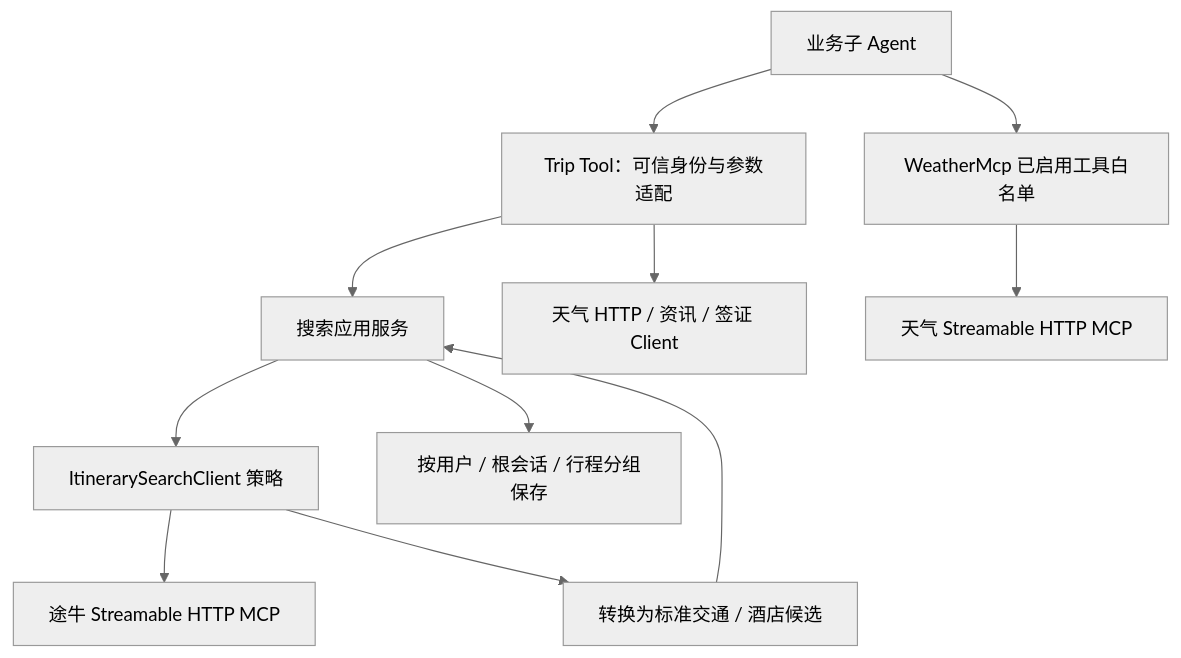
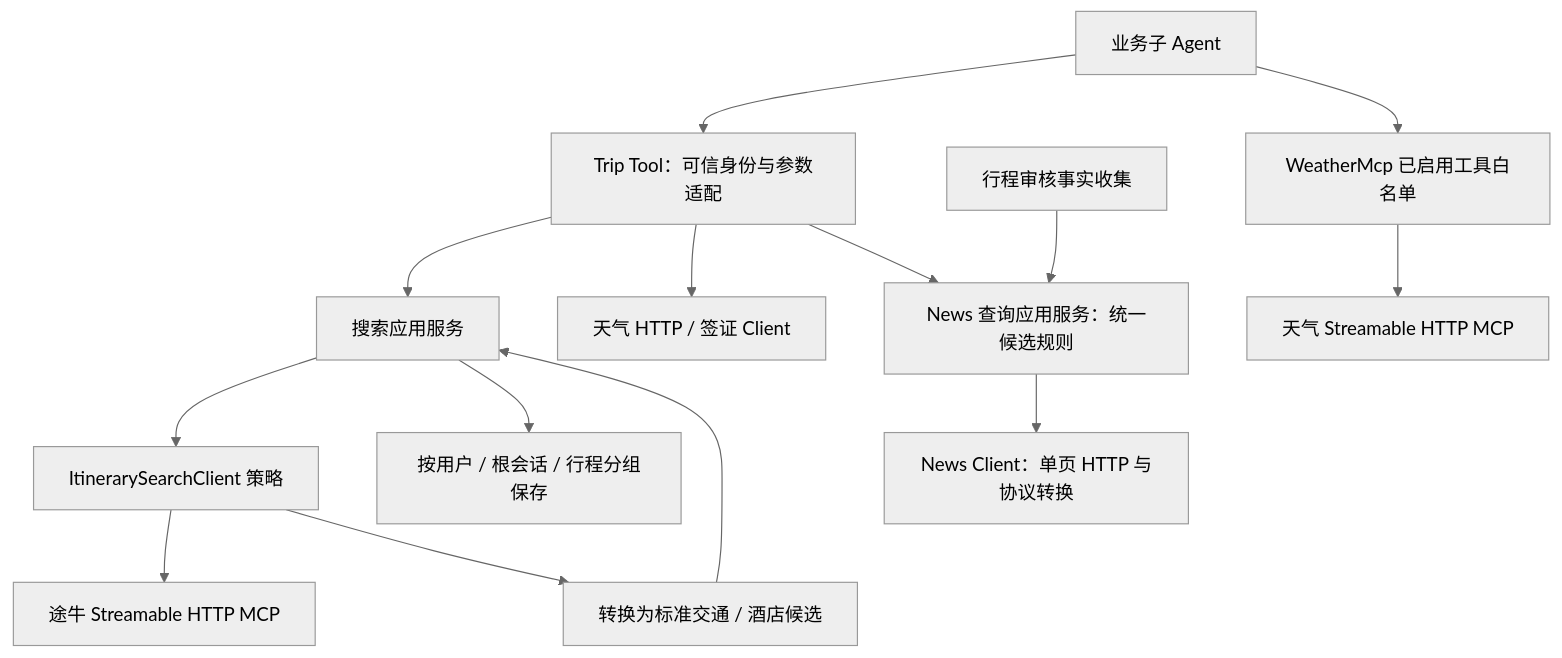
Before and after one commit to nauyiq/fons4ai-trip: the diagram in docs/wiki/external-tools.md, drawn with Mermaid (neutral theme). The commit also changed other lines of this file and 27 other files, not shown here.

````diff
--- a/docs/wiki/external-tools.md
+++ b/docs/wiki/external-tools.md
@@ -9,13 +9,16 @@
 ```mermaid
 flowchart TB
     Agent[业务子 Agent] --> Tool[Trip Tool：可信身份与参数适配]
     Tool --> Search[搜索应用服务]
     Search --> Client[ItinerarySearchClient 策略]
     Client --> Tuniu[途牛 Streamable HTTP MCP]
     Client --> Convert[转换为标准交通 / 酒店候选]
     Convert --> Search
     Search --> Repo[按用户 / 根会话 / 行程分组保存]
-    Tool --> Other[天气 HTTP / 资讯 / 签证 Client]
+    Tool --> Other[天气 HTTP / 签证 Client]
+    Tool --> NewsQuery[News 查询应用服务：统一候选规则]
+    Review[行程审核事实收集] --> NewsQuery
+    NewsQuery --> NewsClient[News Client：单页 HTTP 与协议转换]
     Agent --> MCP[WeatherMcp 已启用工具白名单]
     MCP --> Weather[天气 Streamable HTTP MCP]
 ```
````
